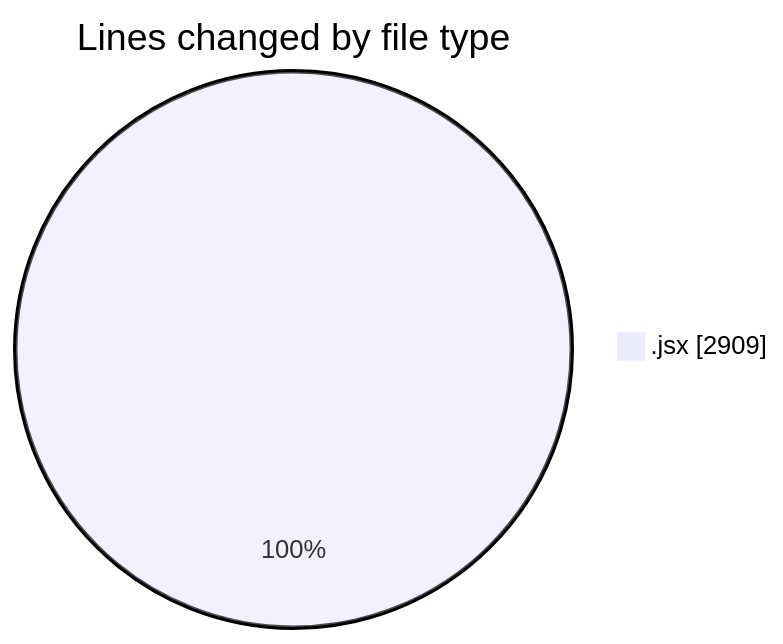
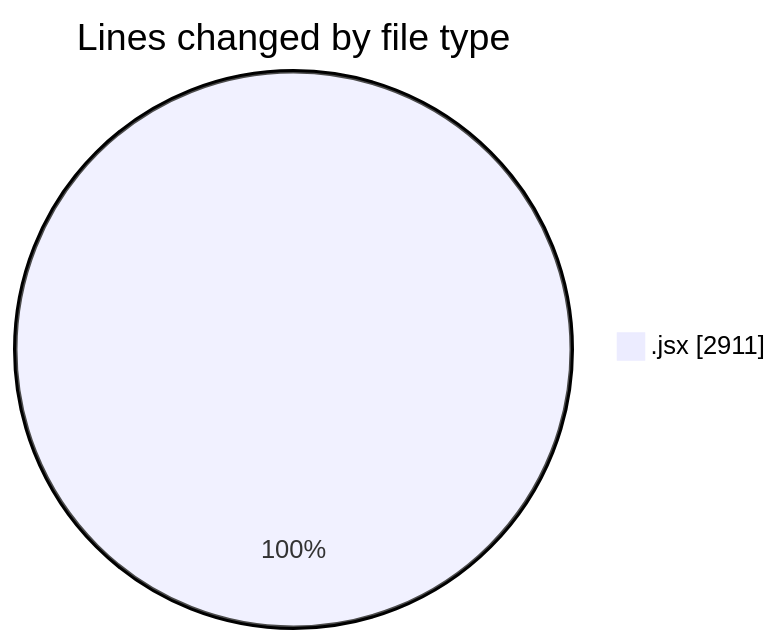
Before and after one commit to nxtqubesakshisongat/code-tracking: the first of 2 diagrams in 2025-06-02/nxtqube_webapp/README.md, drawn with Mermaid. The commit also changed other lines of this file and 1 other file, not shown here.

````diff
--- a/2025-06-02/nxtqube_webapp/README.md
+++ b/2025-06-02/nxtqube_webapp/README.md
@@ -21,5 +21,5 @@
 ```mermaid
 pie showData
 title Lines changed by file type
-".jsx" : 2909
+".jsx" : 2911
 ```
````
